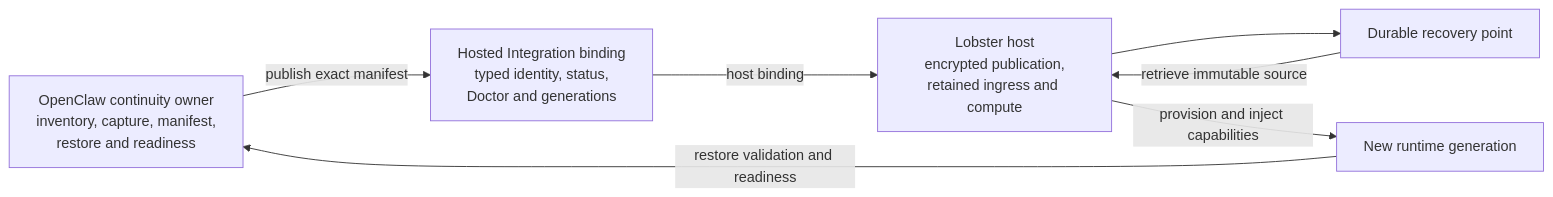
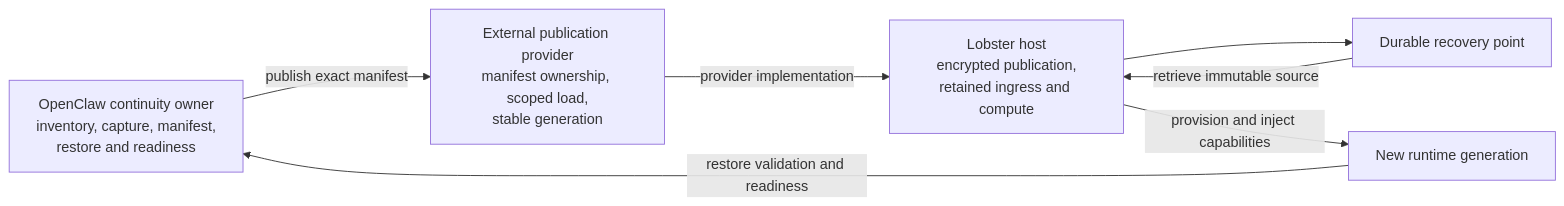
One commit to giodl73-repo/rfcs changed the second of 3 diagrams in rfcs/0021-runtime-state-continuity.md. Above: the diagram before and after it, drawn with Mermaid. The commit also changed other lines of this file and 3 other files, not shown here.

````diff
--- a/rfcs/0021-runtime-state-continuity.md
+++ b/rfcs/0021-runtime-state-continuity.md
@@ -134,15 +134,15 @@
 ```mermaid
 flowchart LR
     OC["OpenClaw continuity owner<br/>inventory, capture, manifest,<br/>restore and readiness"]
-    HI["Hosted Integration binding<br/>typed identity, status,<br/>Doctor and generations"]
+    PP["External publication provider<br/>manifest ownership, scoped load,<br/>stable generation"]
     LH["Lobster host<br/>encrypted publication,<br/>retained ingress and compute"]
     DS["Durable recovery point"]
     NR["New runtime generation"]
 
-    OC -->|"publish exact manifest"| HI
-    HI -->|"host binding"| LH
+    OC -->|"publish exact manifest"| PP
+    PP -->|"provider implementation"| LH
     LH --> DS
     DS -->|"retrieve immutable source"| LH
     LH -->|"provision and inject capabilities"| NR
     NR -->|"restore validation and readiness"| OC
 ```
````
